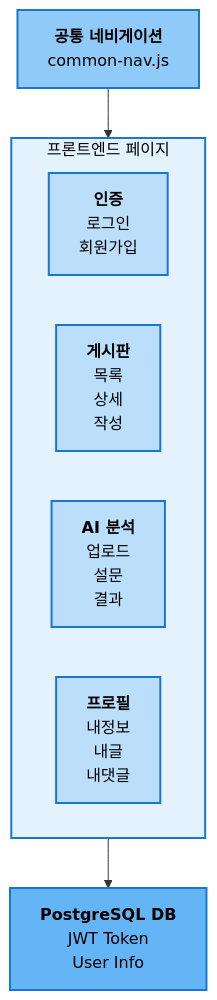
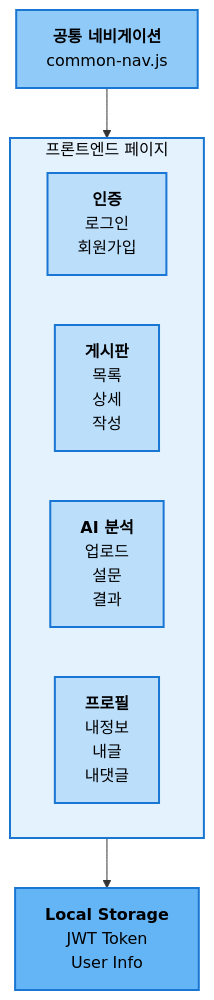
One commit to kyoe-23/DeepLearning_project changed the third of 12 diagrams in Architecture.md. Above: the diagram before and after it, drawn with Mermaid.

Commit message:
수정

````diff
--- a/Architecture.md
+++ b/Architecture.md
@@ -141,24 +141,24 @@
 ```mermaid
 graph TB
     subgraph PAGES["프론트엔드 페이지"]
         direction LR
         AUTH["<b>인증</b><br/>로그인<br/>회원가입"]
         BOARD["<b>게시판</b><br/>목록<br/>상세<br/>작성"]
         AI["<b>AI 분석</b><br/>업로드<br/>설문<br/>결과"]
         PROFILE["<b>프로필</b><br/>내정보<br/>내글<br/>내댓글"]
     end
     
     NAV["<b>공통 네비게이션</b><br/>common-nav.js"]
-    STORAGE["<b>PostgreSQL DB</b><br/>JWT Token<br/>User Info"]
+    STORAGE["<b>Local Storage</b><br/>JWT Token<br/>User Info"]
     
     NAV --> PAGES
     PAGES --> STORAGE
 
     style PAGES fill:#E3F2FD,stroke:#1976D2,stroke-width:2px,color:#000
     style AUTH fill:#BBDEFB,stroke:#1976D2,stroke-width:2px,color:#000
     style BOARD fill:#BBDEFB,stroke:#1976D2,stroke-width:2px,color:#000
     style AI fill:#BBDEFB,stroke:#1976D2,stroke-width:2px,color:#000
     style PROFILE fill:#BBDEFB,stroke:#1976D2,stroke-width:2px,color:#000
     style NAV fill:#90CAF9,stroke:#1976D2,stroke-width:2px,color:#000
     style STORAGE fill:#64B5F6,stroke:#1976D2,stroke-width:2px,color:#000
 ```
````
